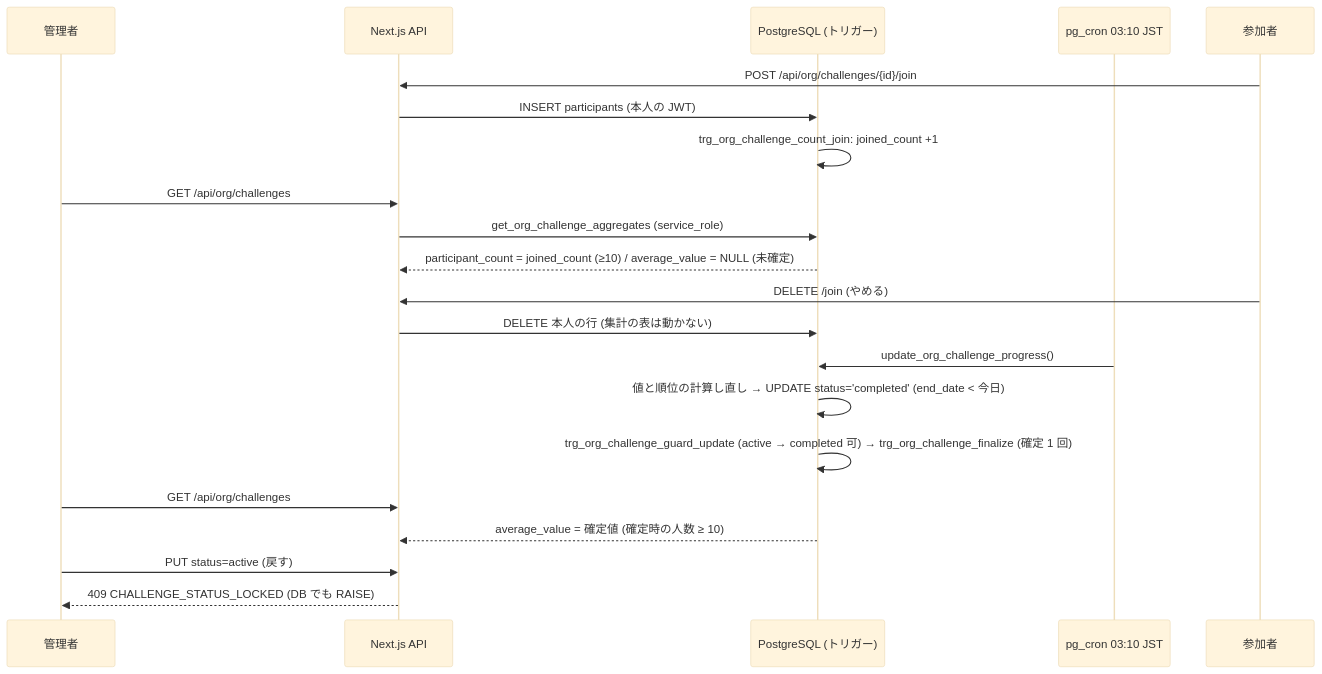
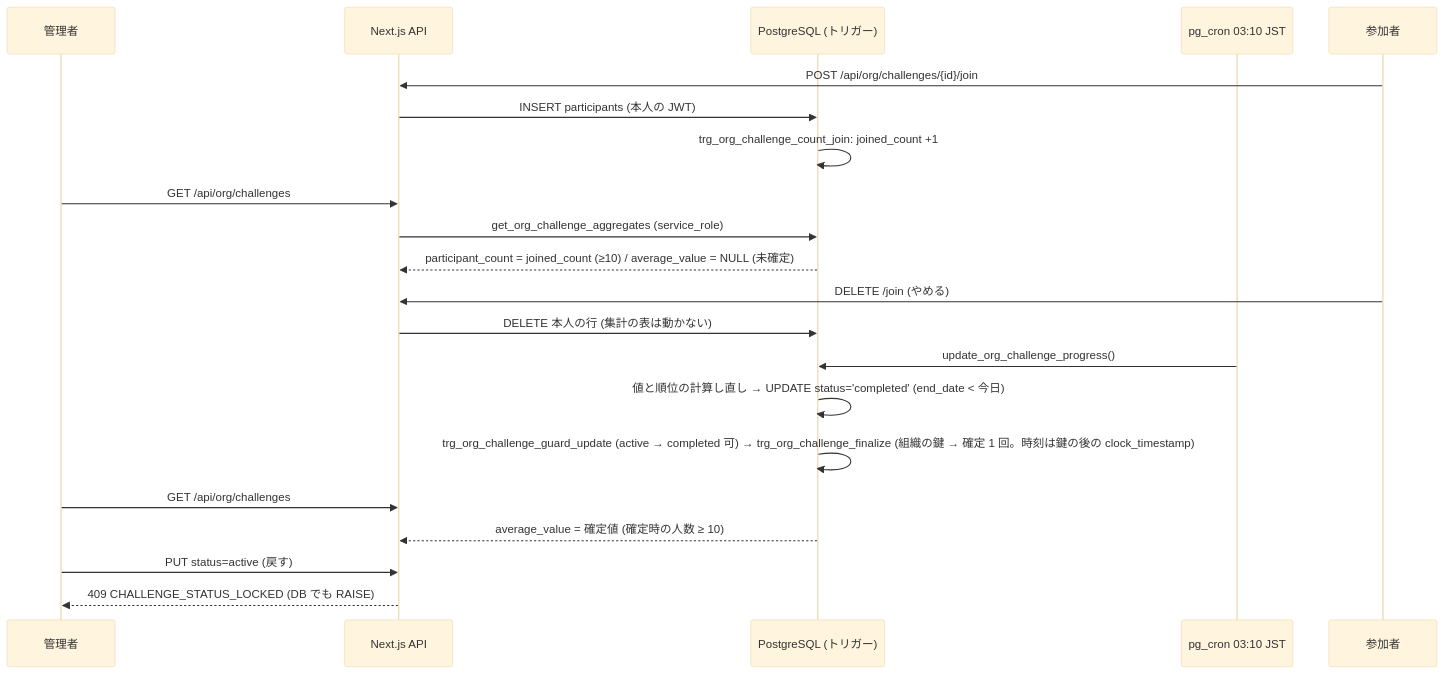
Before and after one commit to DaisukeHori/homegohan-app: the diagram in docs/design/org/10-challenge-diff-privacy.md, drawn with Mermaid (base theme). The commit also changed other lines of this file, not shown here.

````diff
--- a/docs/design/org/10-challenge-diff-privacy.md
+++ b/docs/design/org/10-challenge-diff-privacy.md
@@ -1066,24 +1087,24 @@
 ```mermaid
 sequenceDiagram
   participant Admin as 管理者
   participant API as Next.js API
   participant DB as PostgreSQL (トリガー)
   participant Cron as pg_cron 03:10 JST
   participant Member as 参加者
 
   Member->>API: POST /api/org/challenges/{id}/join
   API->>DB: INSERT participants (本人の JWT)
   DB->>DB: trg_org_challenge_count_join: joined_count +1
   Admin->>API: GET /api/org/challenges
   API->>DB: get_org_challenge_aggregates (service_role)
   DB-->>API: participant_count = joined_count (≥10) / average_value = NULL (未確定)
   Member->>API: DELETE /join (やめる)
   API->>DB: DELETE 本人の行 (集計の表は動かない)
   Cron->>DB: update_org_challenge_progress()
   DB->>DB: 値と順位の計算し直し → UPDATE status='completed' (end_date < 今日)
-  DB->>DB: trg_org_challenge_guard_update (active → completed 可) → trg_org_challenge_finalize (確定 1 回)
+  DB->>DB: trg_org_challenge_guard_update (active → completed 可) → trg_org_challenge_finalize (組織の鍵 → 確定 1 回。時刻は鍵の後の clock_timestamp)
   Admin->>API: GET /api/org/challenges
   DB-->>API: average_value = 確定値 (確定時の人数 ≥ 10)
   Admin->>API: PUT status=active (戻す)
   API-->>Admin: 409 CHALLENGE_STATUS_LOCKED (DB でも RAISE)
 ```
````
